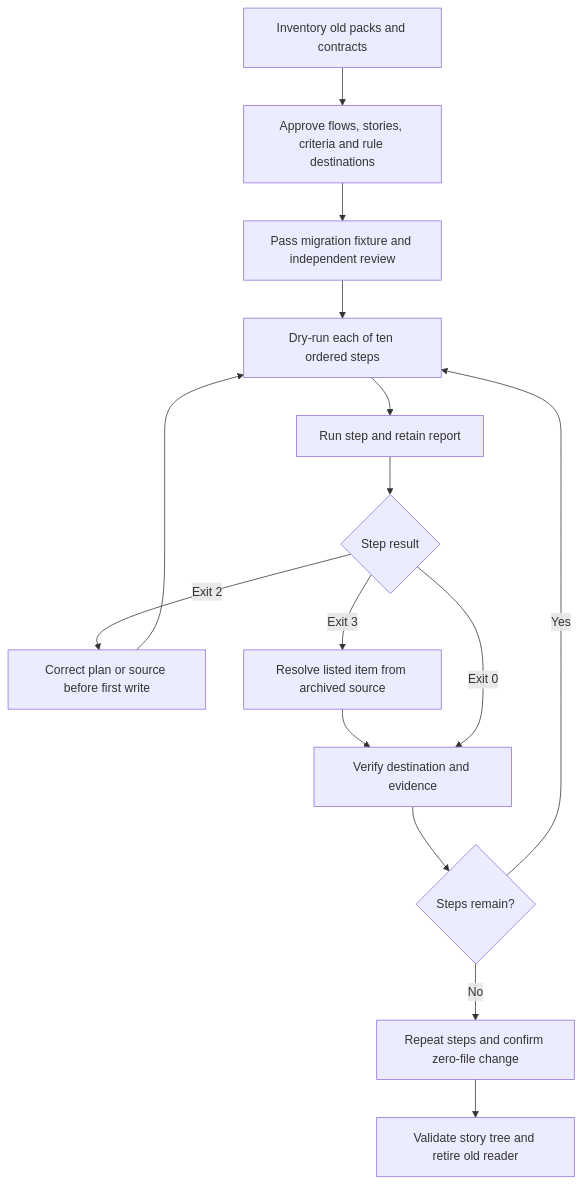
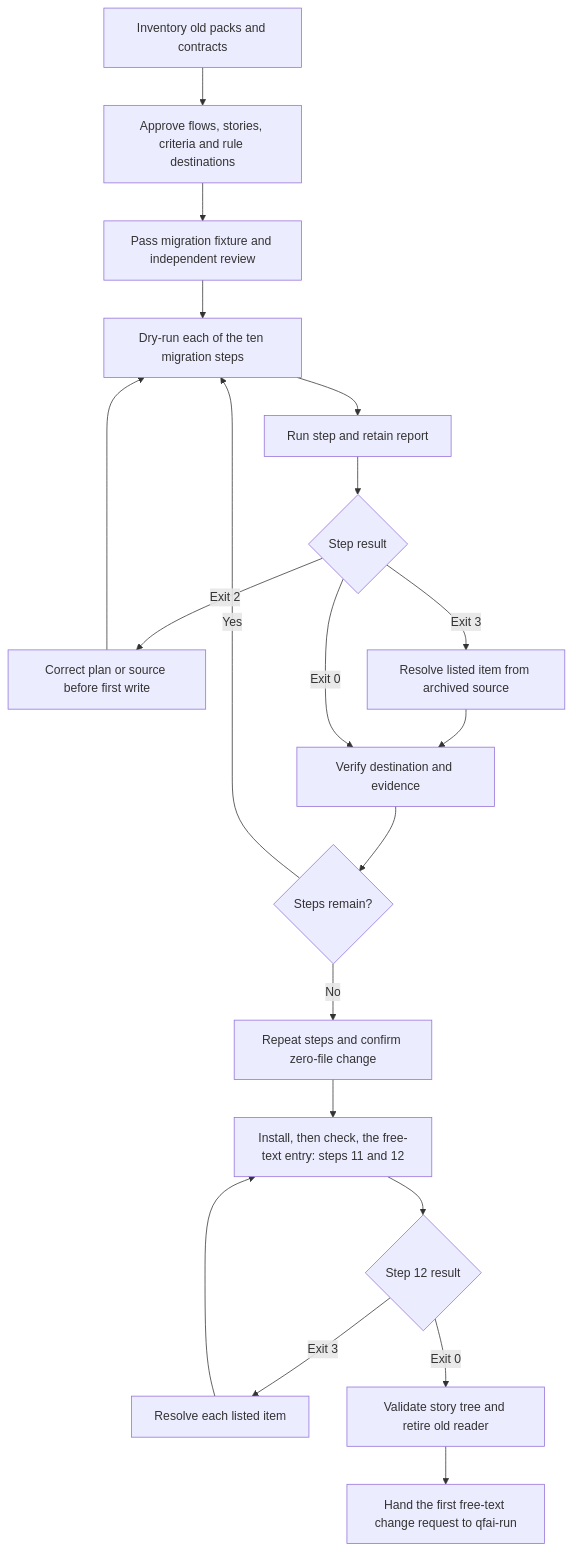
One commit to aganesy/QFAI changed the diagram in .qfai/spec/02_business-flow/business-flow-0004/business-flow.md. Above: the diagram before and after it, drawn with Mermaid. The commit also changed other lines of this file and 23 other files, not shown here.

First line of the commit message:
docs(spec): rename the migration skill and add the free-text entry steps

````diff
--- a/.qfai/spec/02_business-flow/business-flow-0004/business-flow.md
+++ b/.qfai/spec/02_business-flow/business-flow-0004/business-flow.md
@@ -11,17 +11,22 @@
 ```mermaid
 flowchart TD
   Inventory[Inventory old packs and contracts] --> Plan[Approve flows, stories, criteria and rule destinations]
   Plan --> Fixture[Pass migration fixture and independent review]
-  Fixture --> Dry[Dry-run each of ten ordered steps]
+  Fixture --> Dry[Dry-run each of the ten migration steps]
   Dry --> Apply[Run step and retain report]
   Apply --> Check{Step result}
   Check -->|Exit 2| Correct[Correct plan or source before first write]
   Correct --> Dry
   Check -->|Exit 3| Person[Resolve listed item from archived source]
   Person --> Verify[Verify destination and evidence]
   Check -->|Exit 0| Verify
   Verify --> More{Steps remain?}
   More -->|Yes| Dry
   More -->|No| Recheck[Repeat steps and confirm zero-file change]
-  Recheck --> Cutover[Validate story tree and retire old reader]
+  Recheck --> Entry[Install, then check, the free-text entry: steps 11 and 12]
+  Entry --> EntryCheck{Step 12 result}
+  EntryCheck -->|Exit 3| Resolve[Resolve each listed item]
+  Resolve --> Entry
+  EntryCheck -->|Exit 0| Cutover[Validate story tree and retire old reader]
+  Cutover --> Handover[Hand the first free-text change request to qfai-run]
 ```
````
